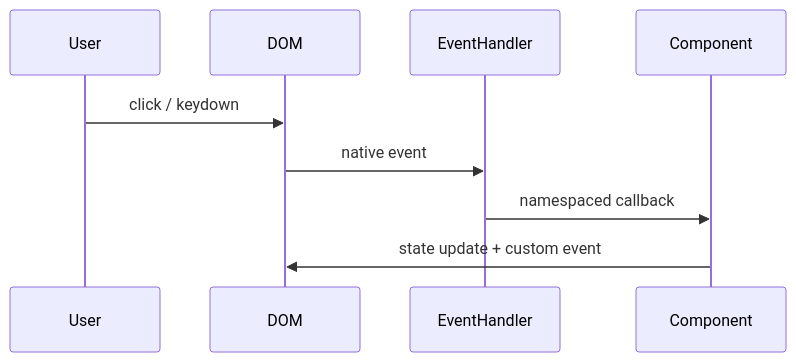
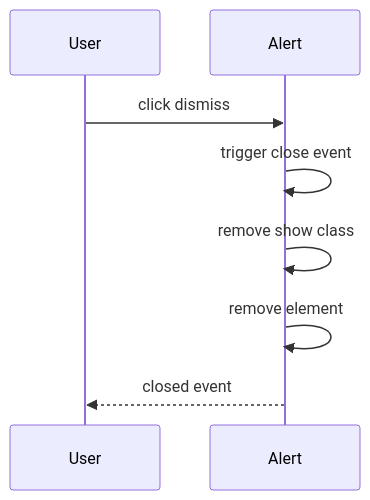
One commit to Ylianst/MeshCentral changed the fourth of 8 diagrams in docs/reference/architecture/bootstrap-components/bootstrap-components.md. Above: the diagram before and after it, drawn with Mermaid. The commit also changed other lines of this file and 642 other files, not shown here.

````diff
--- a/docs/reference/architecture/bootstrap-components/bootstrap-components.md
+++ b/docs/reference/architecture/bootstrap-components/bootstrap-components.md
@@ -134,12 +161,10 @@
 ```mermaid
 sequenceDiagram
     participant User
-    participant DOM
-    participant EventHandler
-    participant Component
-
-    User->>DOM: click / keydown
-    DOM->>EventHandler: native event
-    EventHandler->>Component: namespaced callback
-    Component->>DOM: state update + custom event
+    participant Alert
+    User->>Alert: click dismiss
+    Alert->>Alert: trigger close event
+    Alert->>Alert: remove show class
+    Alert->>Alert: remove element
+    Alert-->>User: closed event
 ```
````
